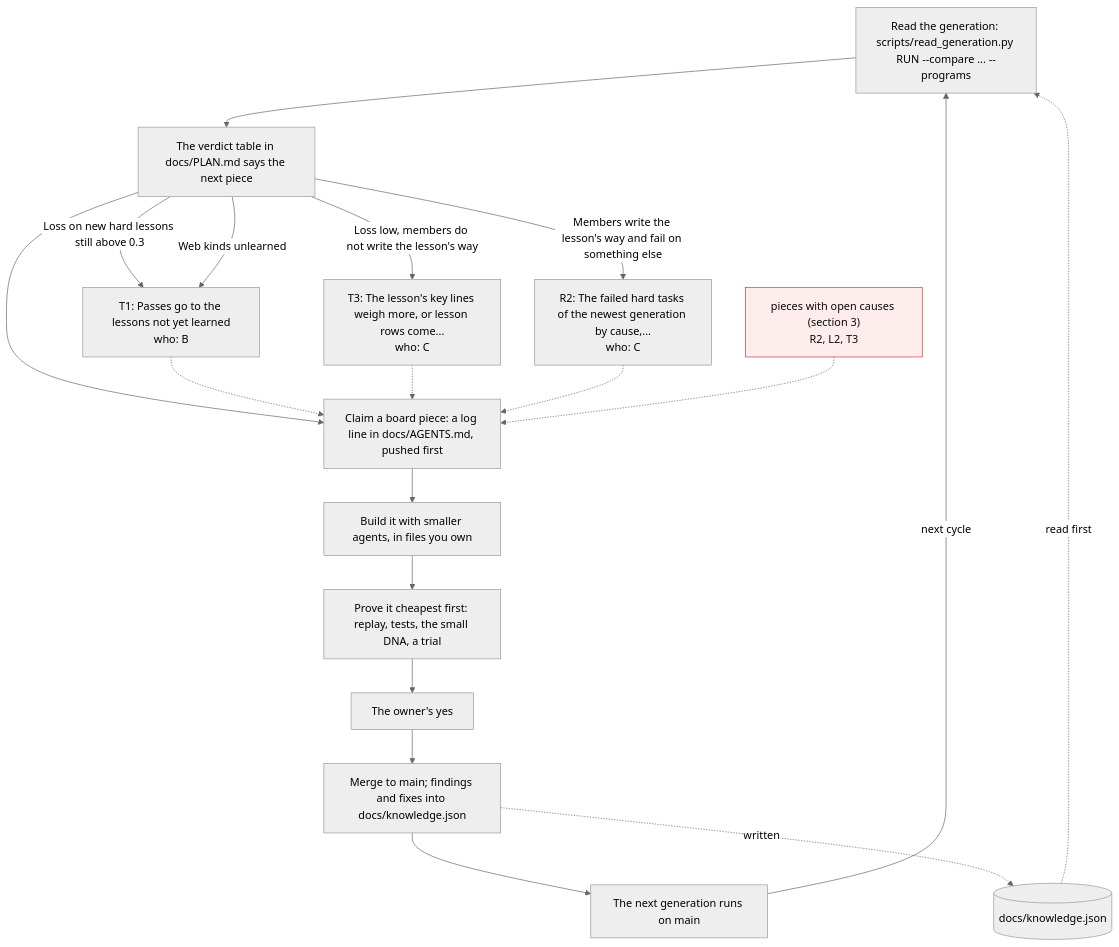
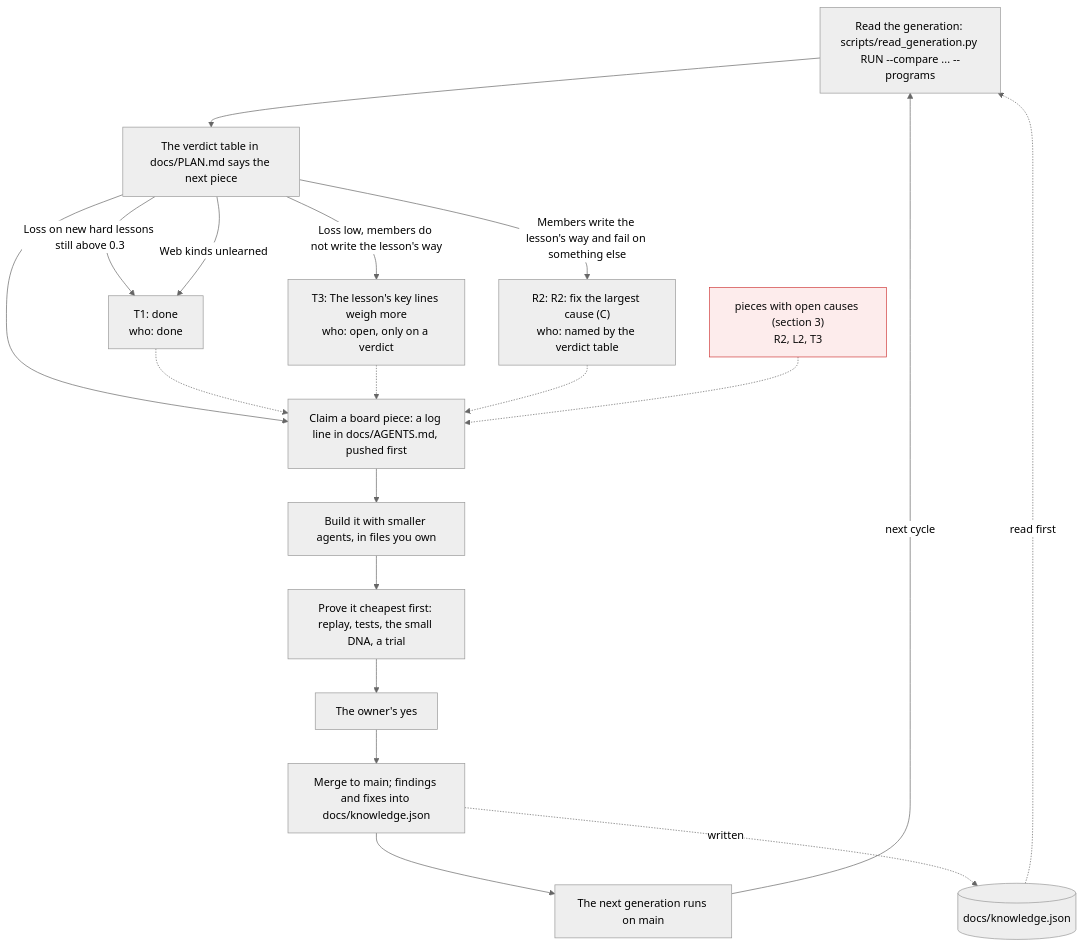
One commit to Arnav123-s/HiveMIND changed the second of 4 diagrams in docs/KNOWLEDGE.md. Above: the diagram before and after it, drawn with Mermaid (neutral theme). The commit also changed other lines of this file and 9 other files, not shown here.

First line of the commit message:
Gate keeps only after >= before; read skips done pieces and says self-taught rows; failed read shown; nightly backstop apart; one knowledge entry a generation

````diff
--- a/docs/KNOWLEDGE.md
+++ b/docs/KNOWLEDGE.md
@@ -47,35 +47,35 @@
 ```mermaid
 flowchart TD
   readgen["Read the generation: scripts/read_generation.py RUN --compare ... --programs"]
   verdict["The verdict table in docs/PLAN.md says the next piece"]
   claim["Claim a board piece: a log line in docs/AGENTS.md, pushed first"]
   build["Build it with smaller agents, in files you own"]
   prove["Prove it cheapest first: replay, tests, the small DNA, a trial"]
   yes["The owner's yes"]
   merge["Merge to main; findings and fixes into docs/knowledge.json"]
   next["The next generation runs on main"]
   readgen --> verdict
   verdict --> claim
   claim --> build
   build --> prove
   prove --> yes
   yes --> merge
   merge --> next
   next -->|next cycle| readgen
   verdict -->|"Loss on new hard lessons still above 0.3"| pc_T1
-  pc_T1["T1: Passes go to the lessons not yet learned<br/>who: B"]
+  pc_T1["T1: done<br/>who: done"]
   pc_T1 -.-> claim
   verdict -->|"Loss low, members do not write the lesson's way"| pc_T3
-  pc_T3["T3: The lesson's key lines weigh more, or lesson rows come...<br/>who: C"]
+  pc_T3["T3: The lesson's key lines weigh more<br/>who: open, only on a verdict"]
   pc_T3 -.-> claim
   verdict -->|"Members write the lesson's way and fail on something else"| pc_R2
-  pc_R2["R2: The failed hard tasks of the newest generation by cause,...<br/>who: C"]
+  pc_R2["R2: R2: fix the largest cause (C)<br/>who: named by the verdict table"]
   pc_R2 -.-> claim
   verdict -->|"Web kinds unlearned"| pc_T1
   waiting["pieces with open causes (section 3)<br/>R2, L2, T3"]:::open
   waiting -.-> claim
   kj[(docs/knowledge.json)]
   kj -.->|read first| readgen
   merge -.->|written| kj
   classDef open fill:#fdecec,stroke:#d03b3b,color:#0b0b0b
 ```
````
